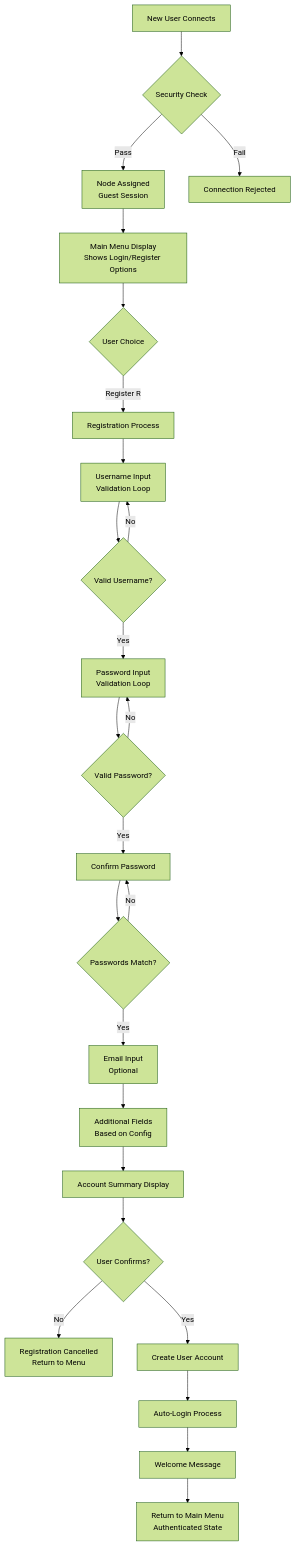
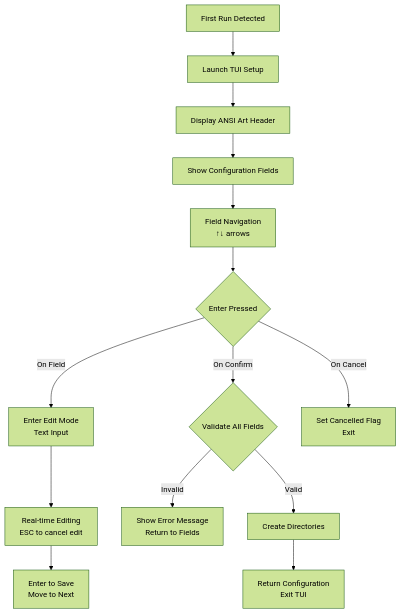
Before and after one commit to robbiew/ReTRoGRaDe: the diagram in memory-bank/first-time-use.md, drawn with Mermaid (forest theme). The commit also changed other lines of this file and 2486 other files, not shown here.

````diff
--- a/memory-bank/first-time-use.md
+++ b/memory-bank/first-time-use.md
@@ -161,31 +19,19 @@
 ```mermaid
 graph TD
-    A[New User Connects] --> B{Security Check}
-    B -->|Pass| C[Node Assigned<br/>Guest Session]
-    B -->|Fail| D[Connection Rejected]
+    A[First Run Detected] --> B[Launch TUI Setup]
+    B --> C[Display ANSI Art Header]
+    C --> D[Show Configuration Fields]
 
-    C --> E[Main Menu Display<br/>Shows Login/Register Options]
-    E --> F{User Choice}
-    F -->|Register R| G[Registration Process]
+    D --> E[Field Navigation<br/>↑↓ arrows]
+    E --> F{Enter Pressed}
+    F -->|On Field| G[Enter Edit Mode<br/>Text Input]
+    F -->|On Confirm| H{Validate All Fields}
+    F -->|On Cancel| I[Set Cancelled Flag<br/>Exit]
 
-    G --> H[Username Input<br/>Validation Loop]
-    H --> I{Valid Username?}
-    I -->|No| H
-    I -->|Yes| J[Password Input<br/>Validation Loop]
-    J --> K{Valid Password?}
-    K -->|No| J
-    K -->|Yes| L[Confirm Password]
-    L --> M{Passwords Match?}
-    M -->|No| L
-    M -->|Yes| N[Email Input<br/>Optional]
+    G --> J[Real-time Editing<br/>ESC to cancel edit]
+    J --> K[Enter to Save<br/>Move to Next]
 
-    N --> O[Additional Fields<br/>Based on Config]
-    O --> P[Account Summary Display]
-    P --> Q{User Confirms?}
-    Q -->|No| R[Registration Cancelled<br/>Return to Menu]
-    Q -->|Yes| S[Create User Account]
-
-    S --> T[Auto-Login Process]
-    T --> U[Welcome Message]
-    U --> V[Return to Main Menu<br/>Authenticated State]
+    H -->|Invalid| L[Show Error Message<br/>Return to Fields]
+    H -->|Valid| M[Create Directories]
+    M --> N[Return Configuration<br/>Exit TUI]
 ```
````
